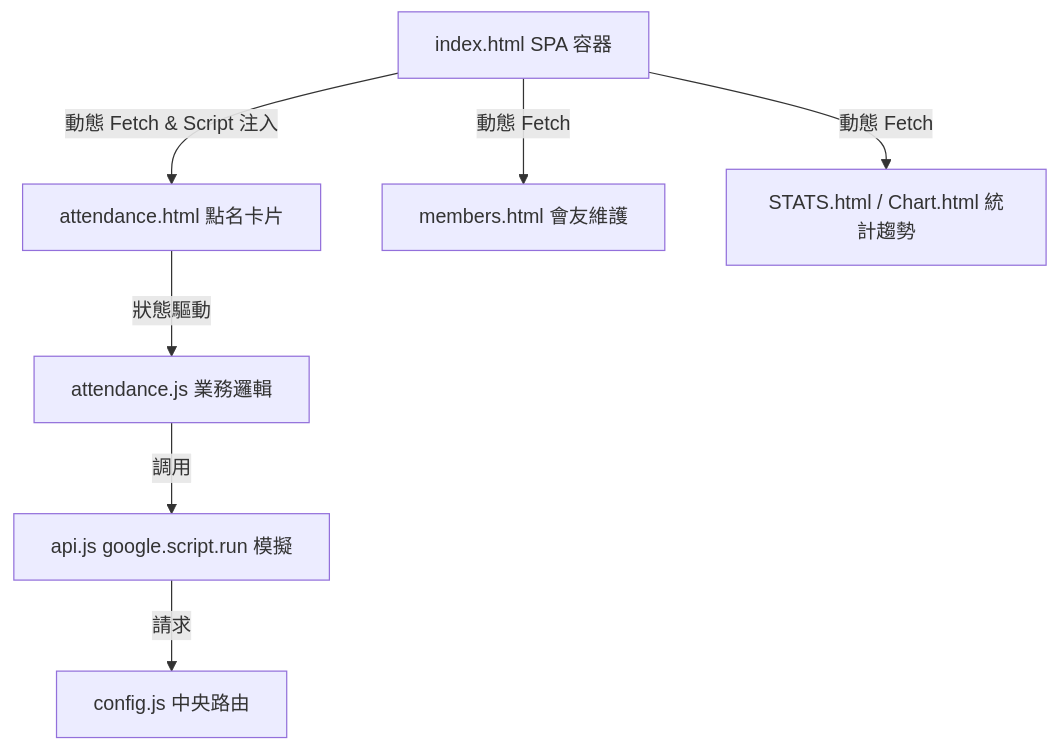
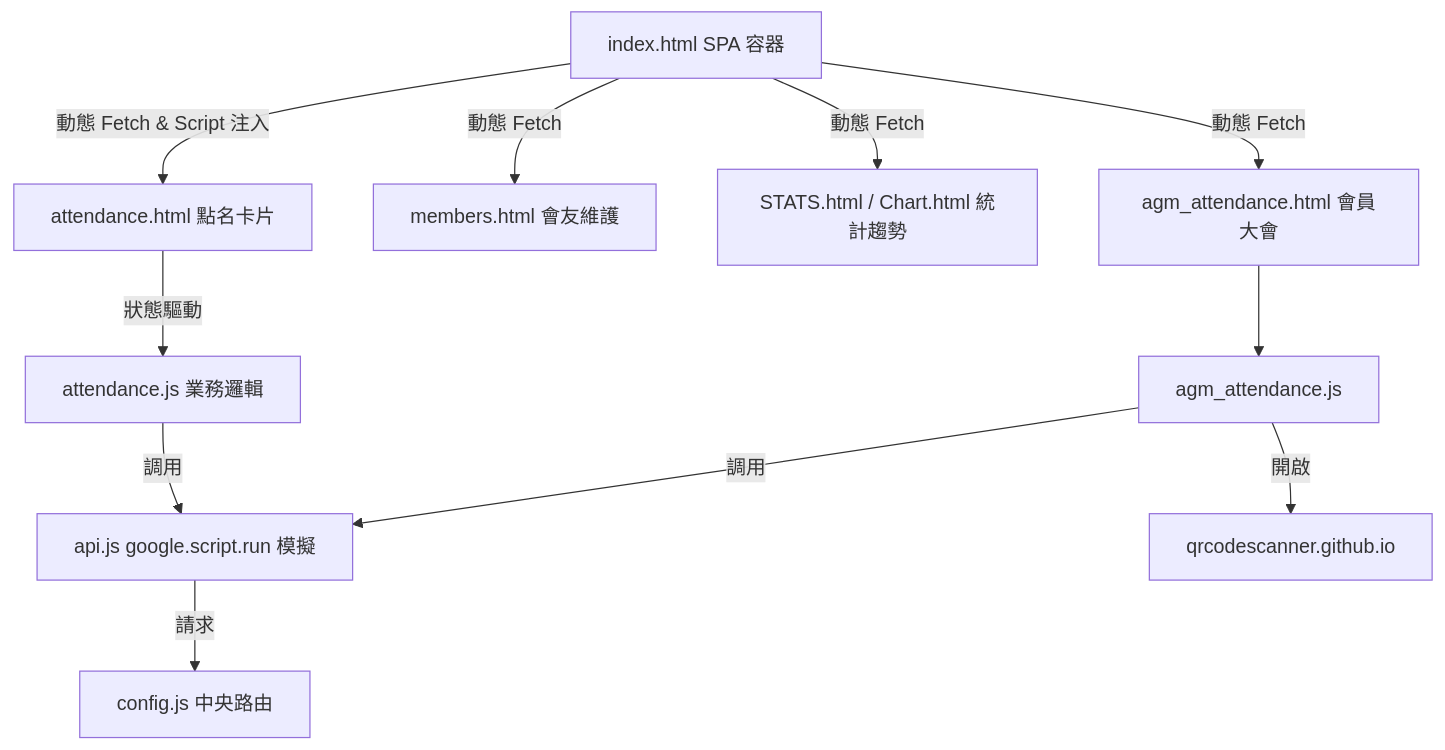
Before and after one commit to JirehWang/JirehWang.github.io: the first of 2 diagrams in apps/LKC_SundayserviceAttendance/ARCHITECTURE.md, drawn with Mermaid. The commit also changed other lines of this file and 5 other files, not shown here.

Commit message:
feat: add QR attendance to AGM roll call

````diff
--- a/apps/LKC_SundayserviceAttendance/ARCHITECTURE.md
+++ b/apps/LKC_SundayserviceAttendance/ARCHITECTURE.md
@@ -89,10 +99,14 @@
 ```mermaid
 graph TD
     Index[index.html SPA 容器] -->|動態 Fetch & Script 注入| PageAtt[attendance.html 點名卡片]
     Index -->|動態 Fetch| PageMem[members.html 會友維護]
     Index -->|動態 Fetch| PageStats[STATS.html / Chart.html 統計趨勢]
+    Index -->|動態 Fetch| PageAgm[agm_attendance.html 會員大會]
     
     PageAtt -->|狀態驅動| AttJS[attendance.js 業務邏輯]
     AttJS -->|調用| API[api.js google.script.run 模擬]
+    PageAgm --> AgmJS[agm_attendance.js]
+    AgmJS -->|調用| API
+    AgmJS -->|開啟| Scanner[qrcodescanner.github.io]
     API -->|請求| Route[config.js 中央路由]
 ```
````
